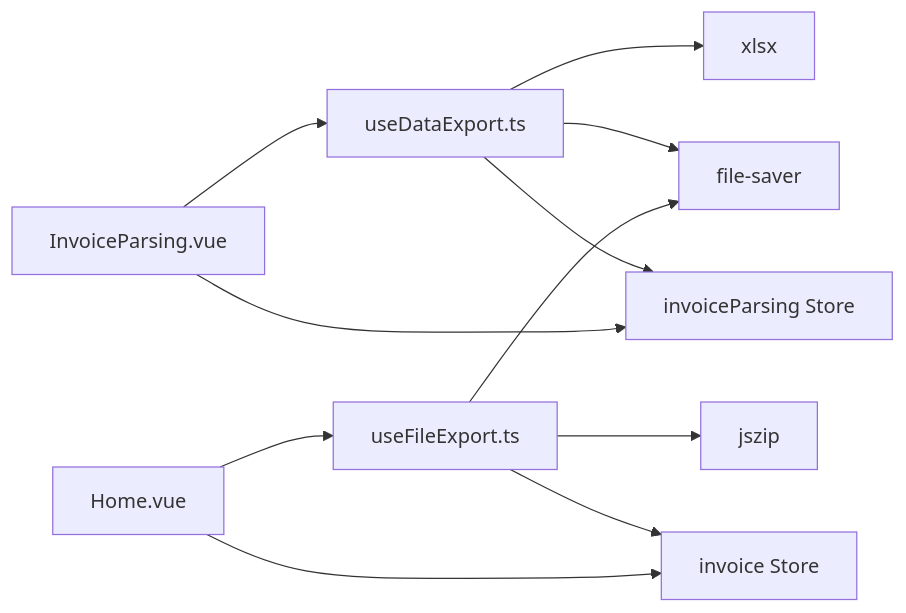
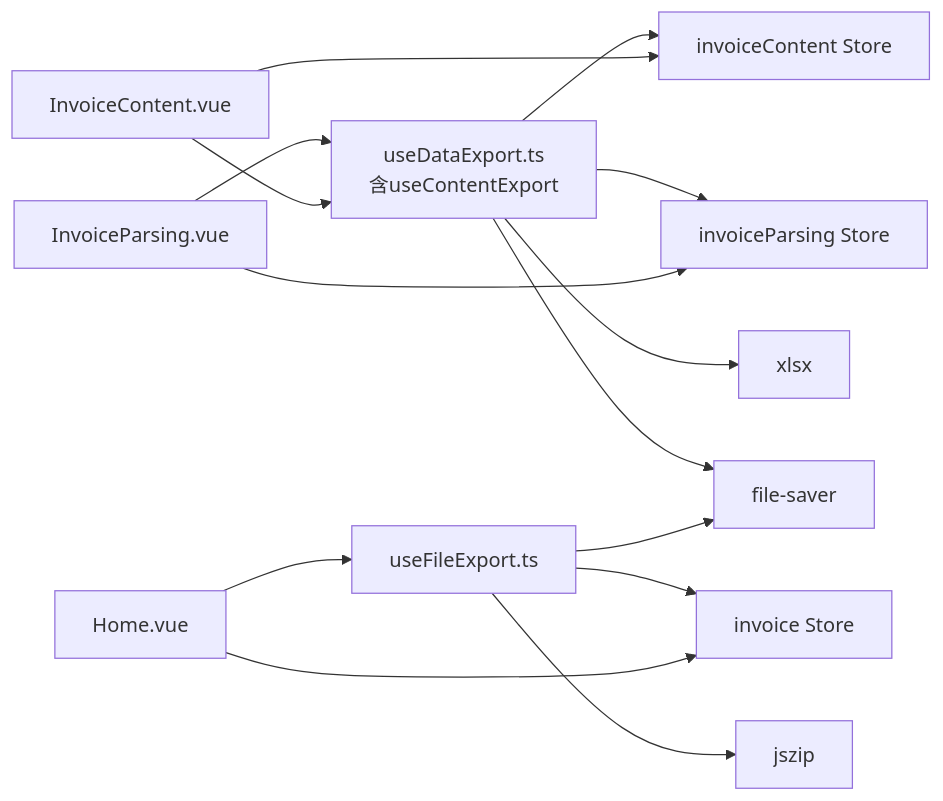
The sixth of 6 diagrams in .qoder/repowiki/zh/content/数据导出功能.md (dunhuixiao/FinanceTools), drawn with Mermaid before and after one commit. The commit also changed other lines of this file and 20 other files, not shown here.

````diff
--- a/.qoder/repowiki/zh/content/数据导出功能.md
+++ b/.qoder/repowiki/zh/content/数据导出功能.md
@@ -334,13 +520,16 @@
 ```mermaid
 graph LR
-UDE["useDataExport.ts"] --> XLSX["xlsx"]
+UDE["useDataExport.ts<br/>含useContentExport"] --> XLSX["xlsx"]
 UDE --> FS["file-saver"]
 UDE --> IPS["invoiceParsing Store"]
+UDE --> ICS["invoiceContent Store"]
 UFE["useFileExport.ts"] --> JSZ["jszip"]
 UFE --> FS
 UFE --> IS["invoice Store"]
 VP["InvoiceParsing.vue"] --> UDE
 VP --> IPS
+IC["InvoiceContent.vue"] --> UDE
+IC --> ICS
 HM["Home.vue"] --> UFE
 HM --> IS
 ```
````
